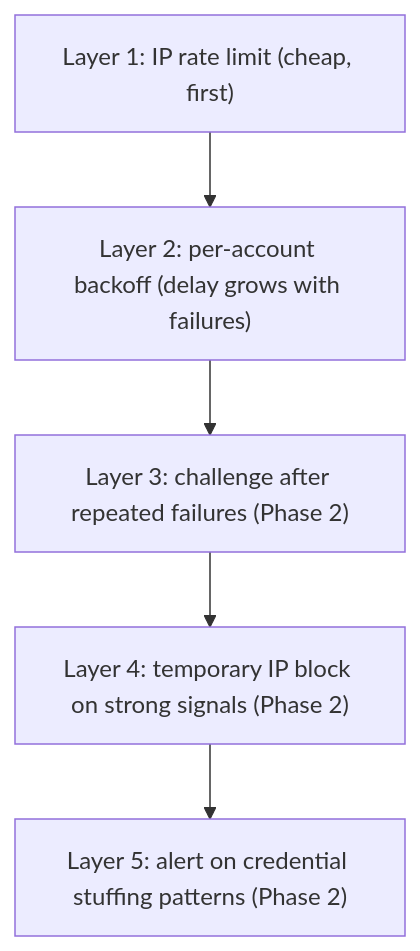
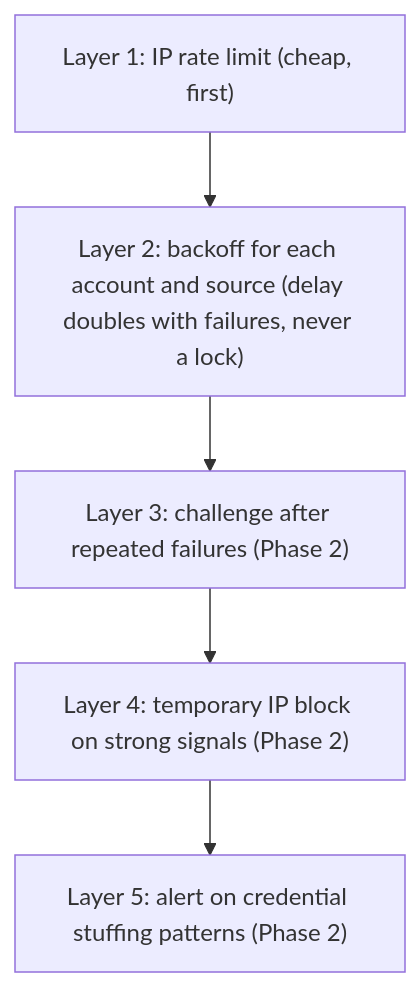
The third of 4 diagrams in docs/diagrams/06-login-and-session.md (Parth2500/heimdall-idp), drawn with Mermaid before and after one commit. The commit also changed other lines of this file and 26 other files, not shown here.

First line of the commit message:
Throttle failed sign-ins for each account and source

````diff
--- a/docs/diagrams/06-login-and-session.md
+++ b/docs/diagrams/06-login-and-session.md
@@ -42,9 +42,9 @@
 ```mermaid
 flowchart TB
     L1["Layer 1: IP rate limit (cheap, first)"]
-    L2["Layer 2: per-account backoff (delay grows with failures)"]
+    L2["Layer 2: backoff for each account and source (delay doubles with failures, never a lock)"]
     L3["Layer 3: challenge after repeated failures (Phase 2)"]
     L4["Layer 4: temporary IP block on strong signals (Phase 2)"]
     L5["Layer 5: alert on credential stuffing patterns (Phase 2)"]
     L1 --> L2 --> L3 --> L4 --> L5
 ```
````
